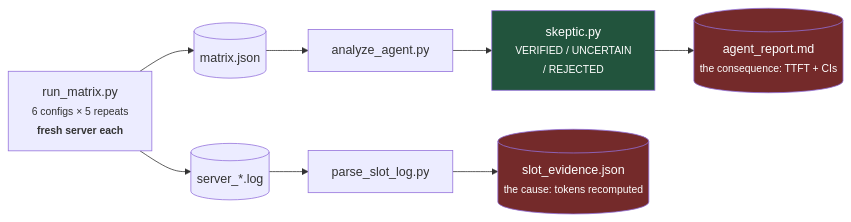
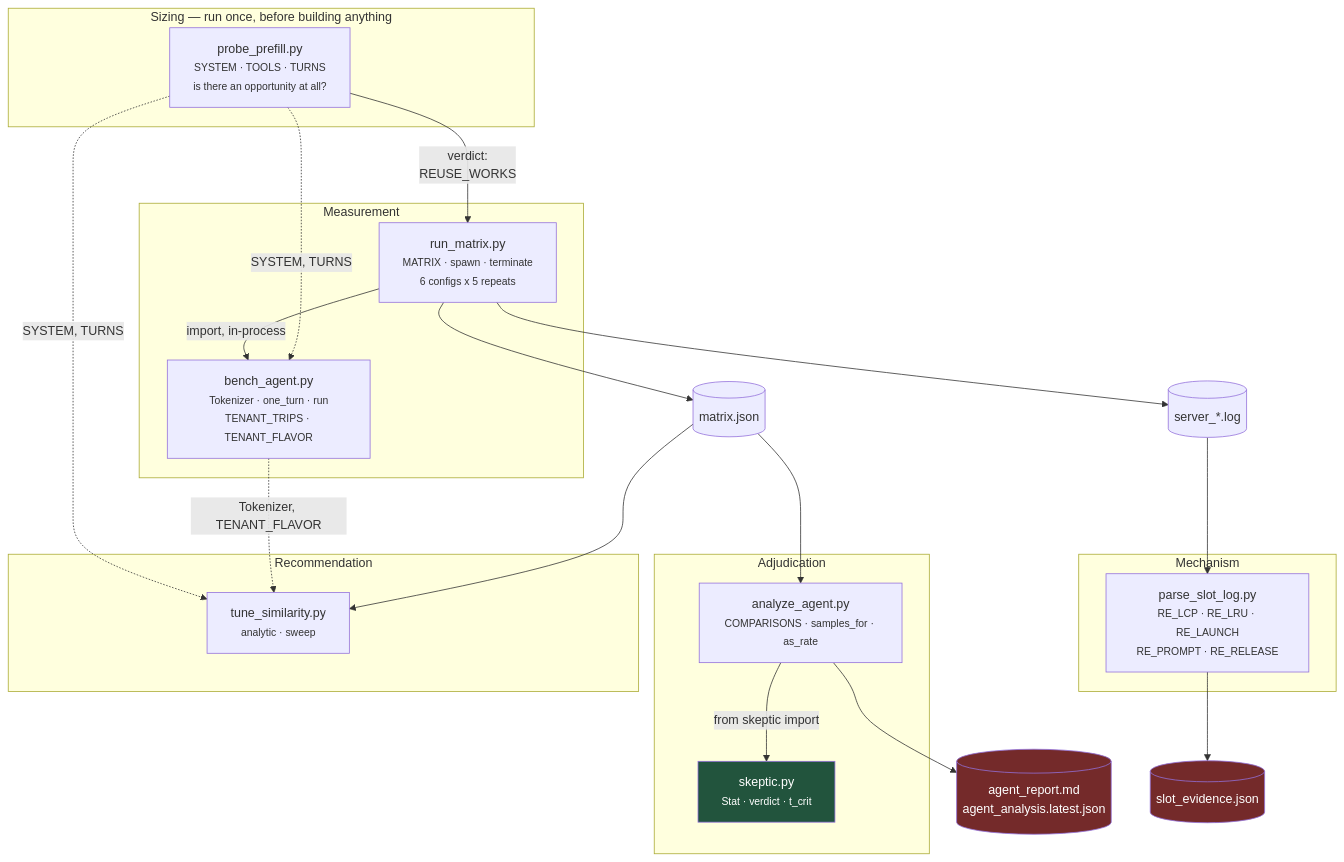
One commit to Unknown1502/neoverse-tune changed the eighth of 29 diagrams in README.md. Above: the diagram before and after it, drawn with Mermaid. The commit also changed other lines of this file, not shown here.

````diff
--- a/README.md
+++ b/README.md
@@ -94,12 +676,47 @@
 ```mermaid
-flowchart LR
-    rm["run_matrix.py<br/><small>6 configs × 5 repeats<br/><b>fresh server each</b></small>"] --> mx[("matrix.json")]
-    rm --> lg[("server_*.log")]
-    mx --> aa["analyze_agent.py"] --> sk["skeptic.py<br/><small>VERIFIED / UNCERTAIN<br/>/ REJECTED</small>"]
-    sk --> rep[("agent_report.md<br/><small>the consequence: TTFT + CIs</small>")]
-    lg --> ps["parse_slot_log.py"] --> ev[("slot_evidence.json<br/><small>the cause: tokens recomputed</small>")]
+flowchart TB
+    subgraph probe["Sizing — run once, before building anything"]
+        pp["probe_prefill.py<br/><small>SYSTEM · TOOLS · TURNS<br/>is there an opportunity at all?</small>"]
+    end
+
+    subgraph measure["Measurement"]
+        rm["run_matrix.py<br/><small>MATRIX · spawn · terminate<br/>6 configs x 5 repeats</small>"]
+        ba["bench_agent.py<br/><small>Tokenizer · one_turn · run<br/>TENANT_TRIPS · TENANT_FLAVOR</small>"]
+        rm -->|"import, in-process"| ba
+    end
+
+    subgraph adjudicate["Adjudication"]
+        aa["analyze_agent.py<br/><small>COMPARISONS · samples_for · as_rate</small>"]
+        sk["skeptic.py<br/><small>Stat · verdict · t_crit</small>"]
+        aa -->|"from skeptic import"| sk
+    end
+
+    subgraph mech["Mechanism"]
+        ps["parse_slot_log.py<br/><small>RE_LCP · RE_LRU · RE_LAUNCH<br/>RE_PROMPT · RE_RELEASE</small>"]
+    end
+
+    subgraph tune["Recommendation"]
+        ts["tune_similarity.py<br/><small>analytic · sweep</small>"]
+    end
+
+    mx[("matrix.json")]
+    lg[("server_*.log")]
+    rep[("agent_report.md<br/>agent_analysis.latest.json")]
+    ev[("slot_evidence.json")]
+
+    pp -->|"verdict:<br/>REUSE_WORKS"| rm
+    pp -.->|"SYSTEM, TURNS"| ba
+    pp -.->|"SYSTEM, TURNS"| ts
+    ba -.->|"Tokenizer, TENANT_FLAVOR"| ts
+    rm --> mx
+    rm --> lg
+    mx --> aa
+    aa --> rep
+    lg --> ps
+    ps --> ev
+    mx --> ts
 
     style sk fill:#22543d,color:#fff
+    style rep fill:#742a2a,color:#fff
     style ev fill:#742a2a,color:#fff
-    style rep fill:#742a2a,color:#fff
 ```
````
